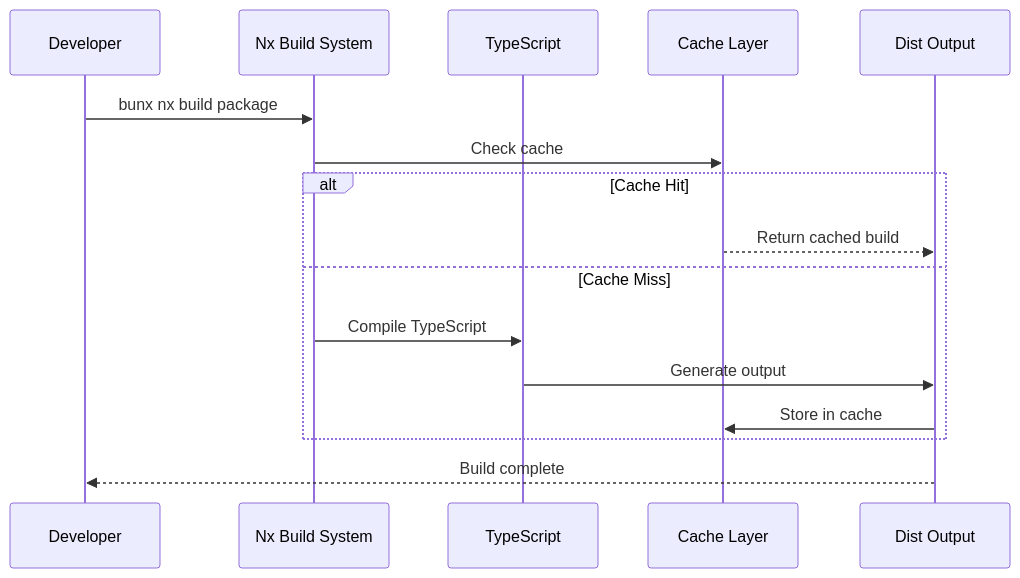
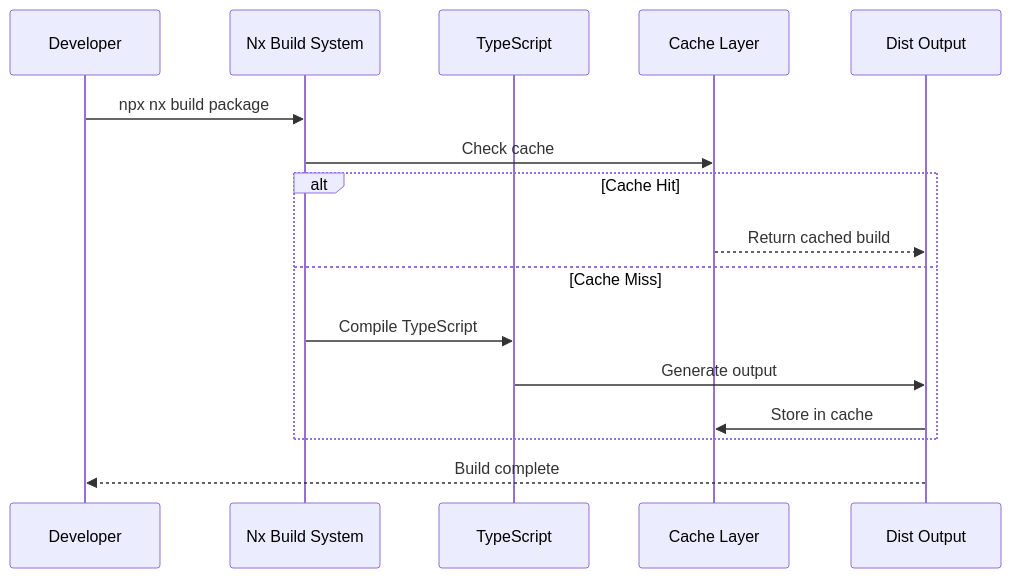
The second of 4 diagrams in docs/readmes/DEVELOPMENT.md (Uniswap/ai-toolkit), drawn with Mermaid before and after one commit. The commit also changed other lines of this file and 42 other files, not shown here.

````diff
--- a/docs/readmes/DEVELOPMENT.md
+++ b/docs/readmes/DEVELOPMENT.md
@@ -111,21 +111,21 @@
 ```mermaid
 sequenceDiagram
     participant Dev as Developer
     participant Nx as Nx Build System
     participant TS as TypeScript
     participant Cache as Cache Layer
     participant Dist as Dist Output
 
-    Dev->>Nx: bunx nx build package
+    Dev->>Nx: npx nx build package
     Nx->>Cache: Check cache
 
     alt Cache Hit
         Cache-->>Dist: Return cached build
     else Cache Miss
         Nx->>TS: Compile TypeScript
         TS->>Dist: Generate output
         Dist->>Cache: Store in cache
     end
 
     Dist-->>Dev: Build complete
 ```
````
